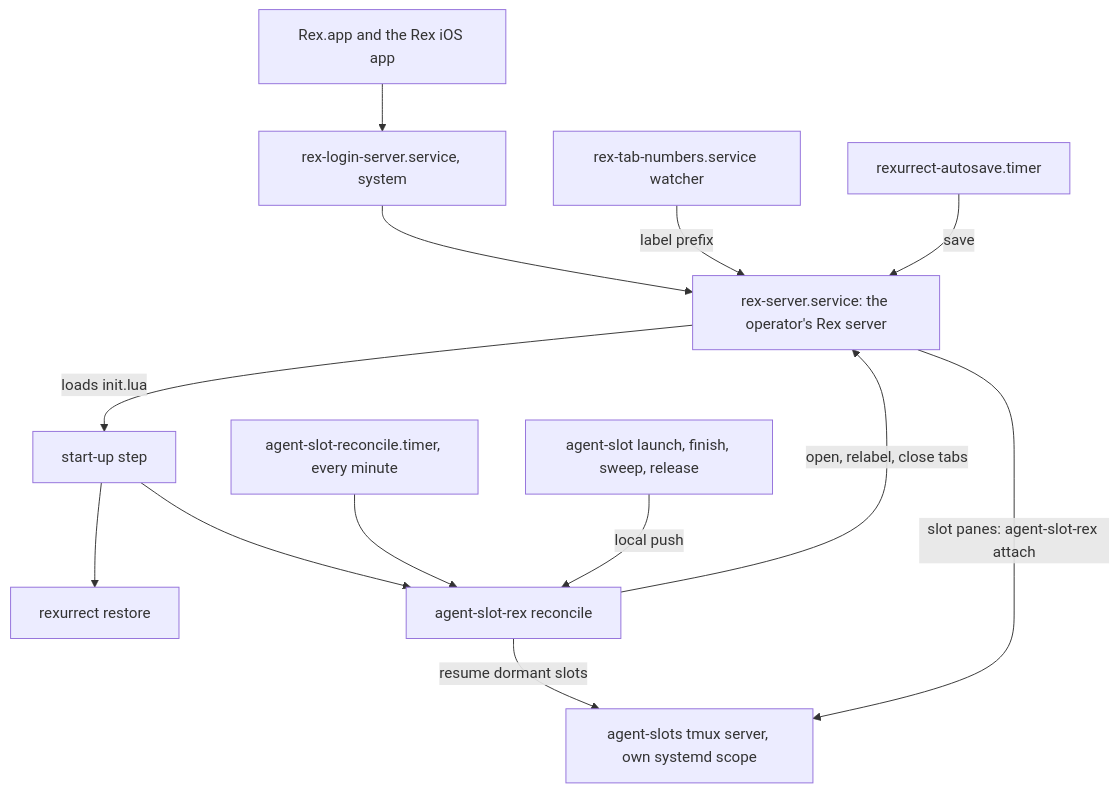
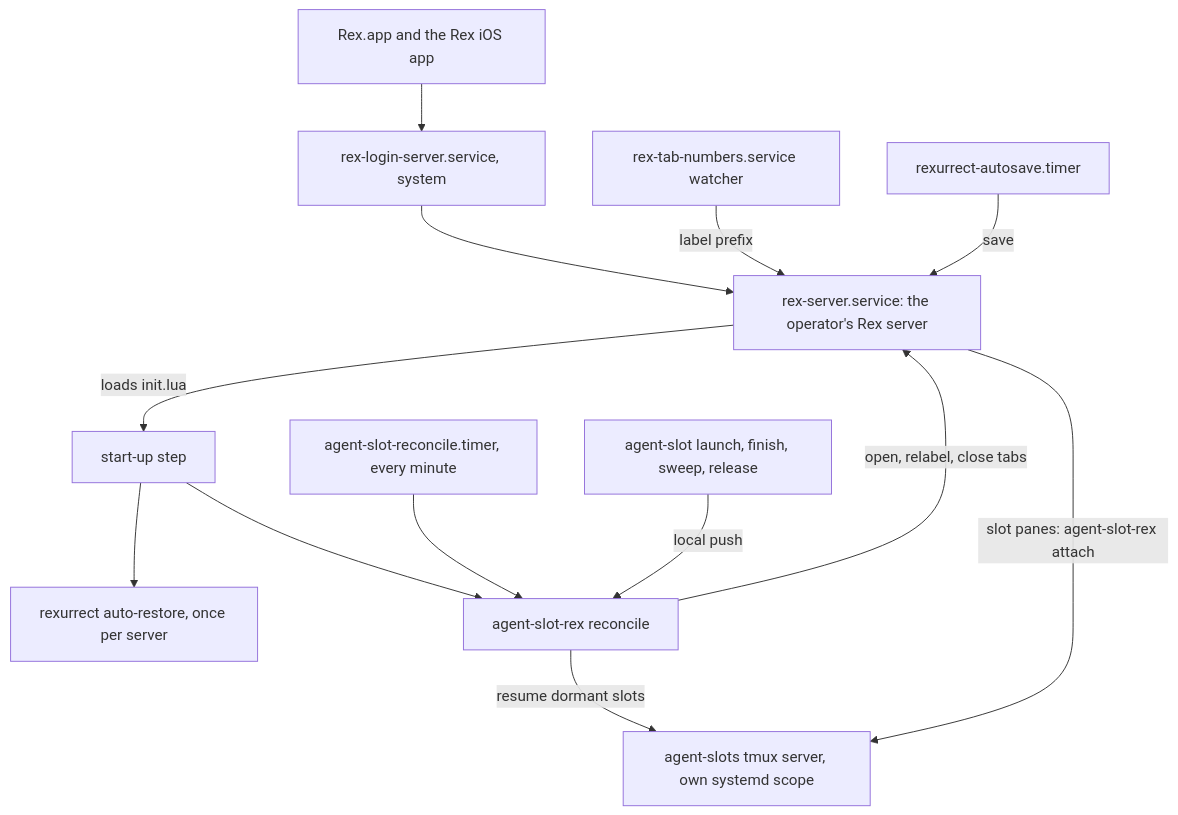
Before and after one commit to brettdavies/dotfiles: the second of 4 diagrams in docs/plans/2026-10-29-2303-feat-rex-agent-slots-on-linux-server-plan.md, drawn with Mermaid. The commit also changed other lines of this file, not shown here.

````diff
--- a/docs/plans/2026-10-29-2303-feat-rex-agent-slots-on-linux-server-plan.md
+++ b/docs/plans/2026-10-29-2303-feat-rex-agent-slots-on-linux-server-plan.md
@@ -389,15 +397,15 @@
 ```mermaid
 flowchart TB
   Clients[Rex.app and the Rex iOS app] --> Login[rex-login-server.service, system]
   Login --> Server[rex-server.service: the operator's Rex server]
   Server -->|loads init.lua| Startup[start-up step]
-  Startup --> Rexurrect[rexurrect restore]
+  Startup --> Rexurrect[rexurrect auto-restore, once per server]
   Startup --> Reconcile[agent-slot-rex reconcile]
   Timer[agent-slot-reconcile.timer, every minute] --> Reconcile
   Slot[agent-slot launch, finish, sweep, release] -->|local push| Reconcile
   Reconcile -->|open, relabel, close tabs| Server
   Reconcile -->|resume dormant slots| Tmux[agent-slots tmux server, own systemd scope]
   Numbers[rex-tab-numbers.service watcher] -->|label prefix| Server
   Autosave[rexurrect-autosave.timer] -->|save| Server
   Server -->|slot panes: agent-slot-rex attach| Tmux
 ```
````
